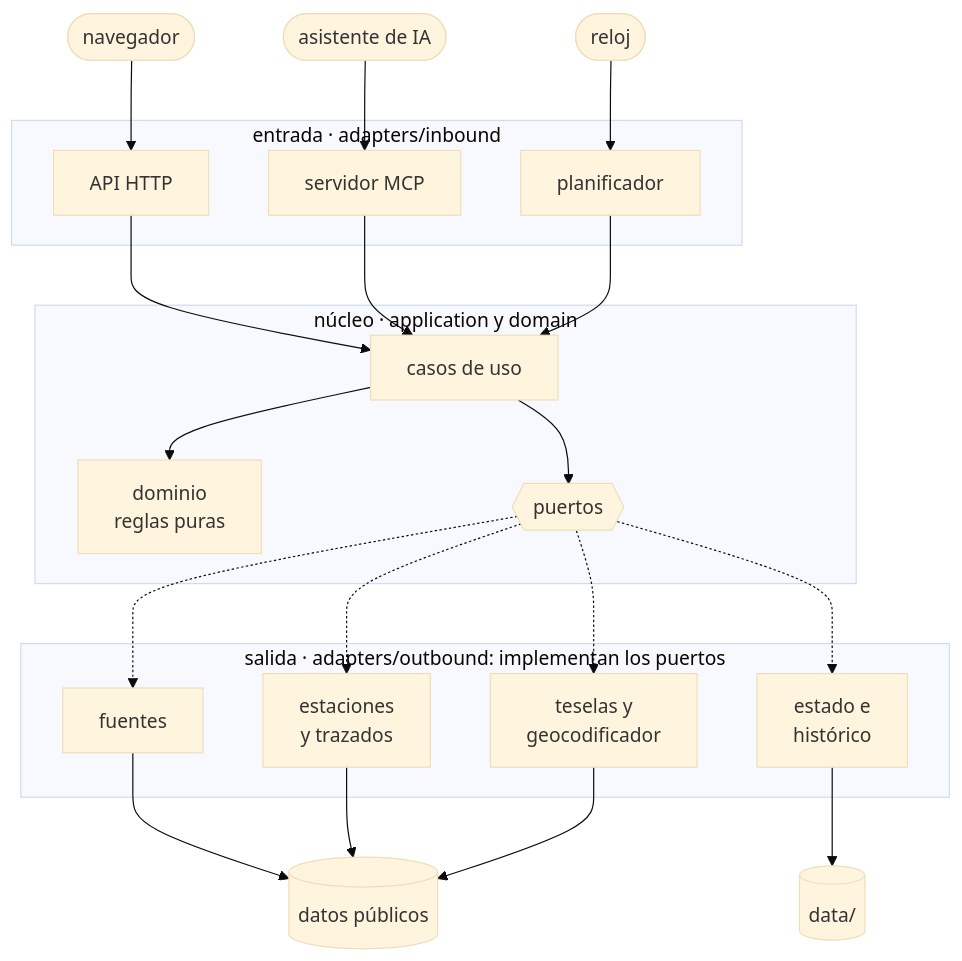
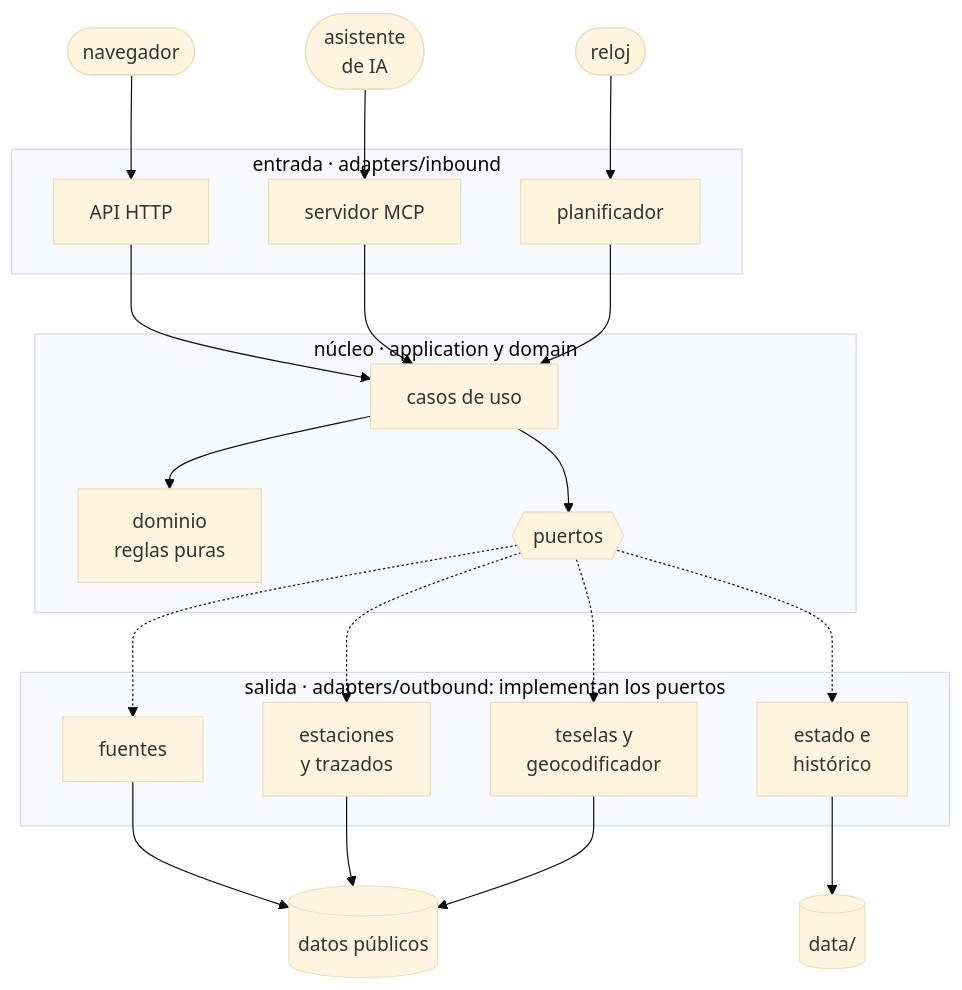
The second of 7 diagrams in README.md (FlorinTodor/radar-es), drawn with Mermaid (base theme) before and after one commit. The commit also changed other lines of this file, not shown here.

Commit message:
README: diagramas con líneas de 14 caracteres como mucho (GitHub dibuja todas las cajas del mismo ancho y recortaba las líneas largas); qué comprueba cada paso del MCP, en una lista, y las dos generaciones del protocolo, en una tabla

````diff
--- a/README.md
+++ b/README.md
@@ -87,40 +87,40 @@
 ```mermaid
 flowchart TB
   nav(["navegador"])
-  ia(["asistente de IA"])
+  ia(["asistente<br/>de IA"])
   reloj(["reloj"])
 
   subgraph IN["entrada · adapters/inbound"]
     http["API HTTP"]
     mcp["servidor MCP"]
     sched["planificador"]
   end
 
   subgraph CORE["núcleo · application y domain"]
     uc["casos de uso"]
     dom["dominio<br/>reglas puras"]
     ports{{"puertos"}}
   end
 
   subgraph OUT["salida · adapters/outbound: implementan los puertos"]
     src["fuentes"]
     cat["estaciones<br/>y trazados"]
     per["estado e<br/>histórico"]
     til["teselas y<br/>geocodificador"]
   end
 
   ext[("datos públicos")]
   disk[("data/")]
 
   nav --> http
   ia --> mcp
   reloj --> sched
   http --> uc
   mcp --> uc
   sched --> uc
   uc --> dom
   uc --> ports
   ports -.-> src & cat & per & til
   src & cat & til --> ext
   per --> disk
 ```
````
